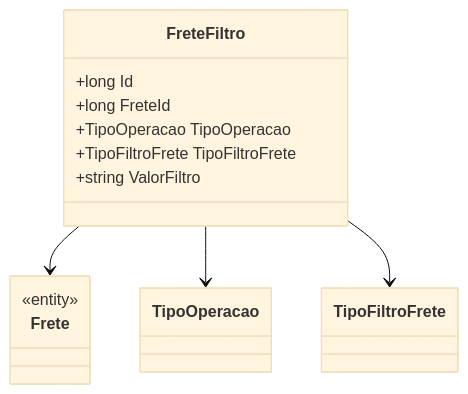
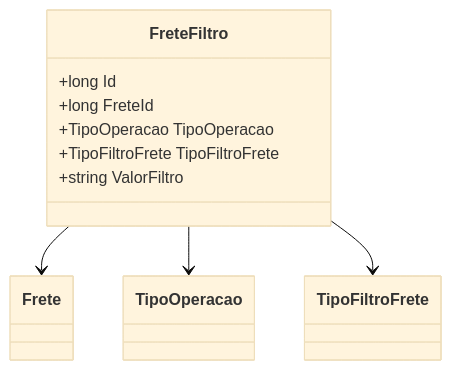
Before and after one commit to IsthmusSistemas/documentacao-tecnica: the diagram in docs/b2b-dominio/IsthmusWinthor.Nucleo/IsthmusWinthor.Dominio/Entidades/FreteFiltro.md, drawn with Mermaid (base theme). The commit also changed other lines of this file and 882 other files, not shown here.

````diff
--- a/docs/b2b-dominio/IsthmusWinthor.Nucleo/IsthmusWinthor.Dominio/Entidades/FreteFiltro.md
+++ b/docs/b2b-dominio/IsthmusWinthor.Nucleo/IsthmusWinthor.Dominio/Entidades/FreteFiltro.md
@@ -22,18 +19,13 @@
 ```mermaid
 classDiagram
     class FreteFiltro {
         +long Id
         +long FreteId
         +TipoOperacao TipoOperacao
         +TipoFiltroFrete TipoFiltroFrete
         +string ValorFiltro
     }
-
-    class Frete {
-        <<entity>>
-    }
-
     FreteFiltro --> Frete
     FreteFiltro --> TipoOperacao
     FreteFiltro --> TipoFiltroFrete
 ```
````
